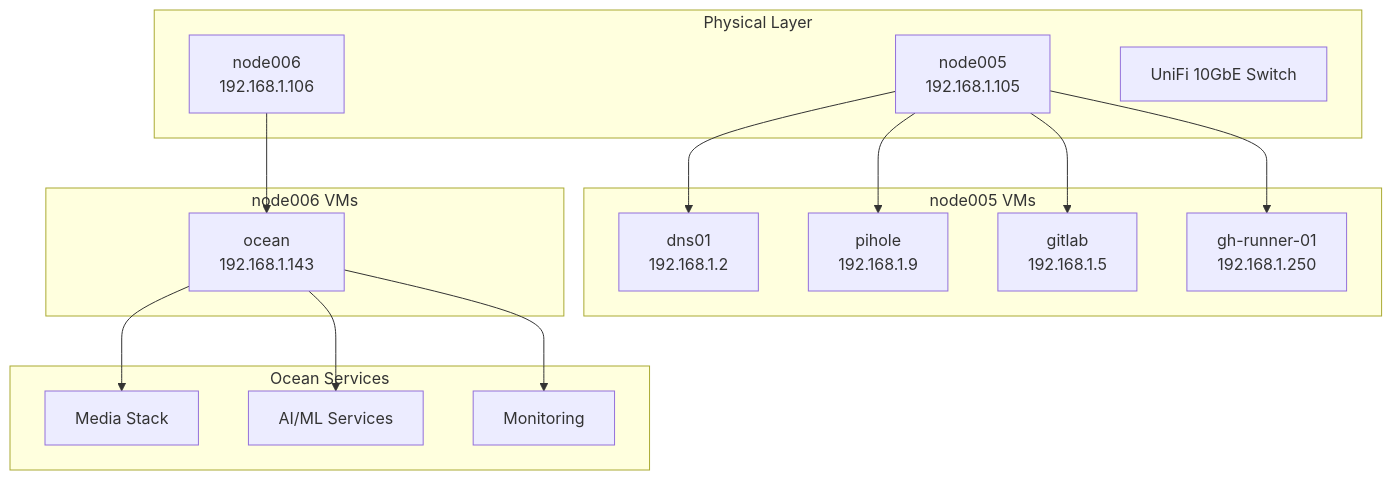
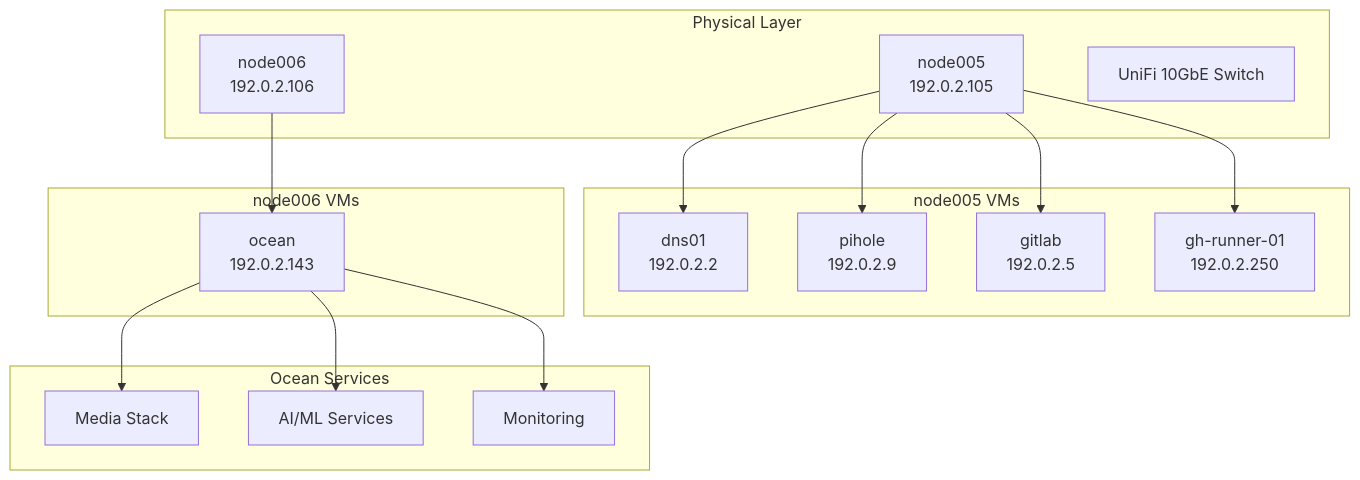
The diagram in docs/architecture/overview.md (bluefishforsale/homelab), drawn with Mermaid before and after one commit. The commit also changed other lines of this file and 36 other files, not shown here.

````diff
--- a/docs/architecture/overview.md
+++ b/docs/architecture/overview.md
@@ -23,25 +23,25 @@
 ```mermaid
 graph TB
     subgraph "Physical Layer"
-        PM1[node005<br/>192.168.1.105]
-        PM2[node006<br/>192.168.1.106]
+        PM1[node005<br/>192.0.2.105]
+        PM2[node006<br/>192.0.2.106]
         NW[UniFi 10GbE Switch]
     end
     
     subgraph "node005 VMs"
-        PM1 --> DNS[dns01<br/>192.168.1.2]
-        PM1 --> PH[pihole<br/>192.168.1.9]
-        PM1 --> GL[gitlab<br/>192.168.1.5]
-        PM1 --> GH[gh-runner-01<br/>192.168.1.250]
+        PM1 --> DNS[dns01<br/>192.0.2.2]
+        PM1 --> PH[pihole<br/>192.0.2.9]
+        PM1 --> GL[gitlab<br/>192.0.2.5]
+        PM1 --> GH[gh-runner-01<br/>192.0.2.250]
     end
     
     subgraph "node006 VMs"
-        PM2 --> OCEAN[ocean<br/>192.168.1.143]
+        PM2 --> OCEAN[ocean<br/>192.0.2.143]
     end
     
     subgraph "Ocean Services"
         OCEAN --> MEDIA[Media Stack]
         OCEAN --> AI[AI/ML Services]
         OCEAN --> MON[Monitoring]
     end
 ```
````
